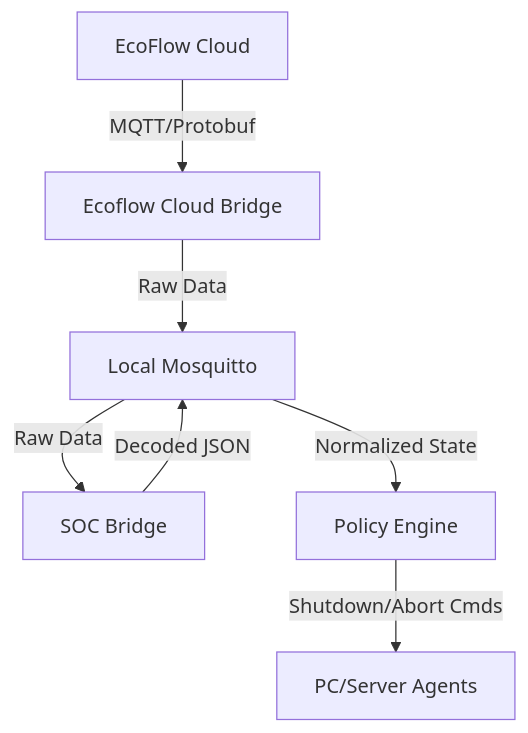
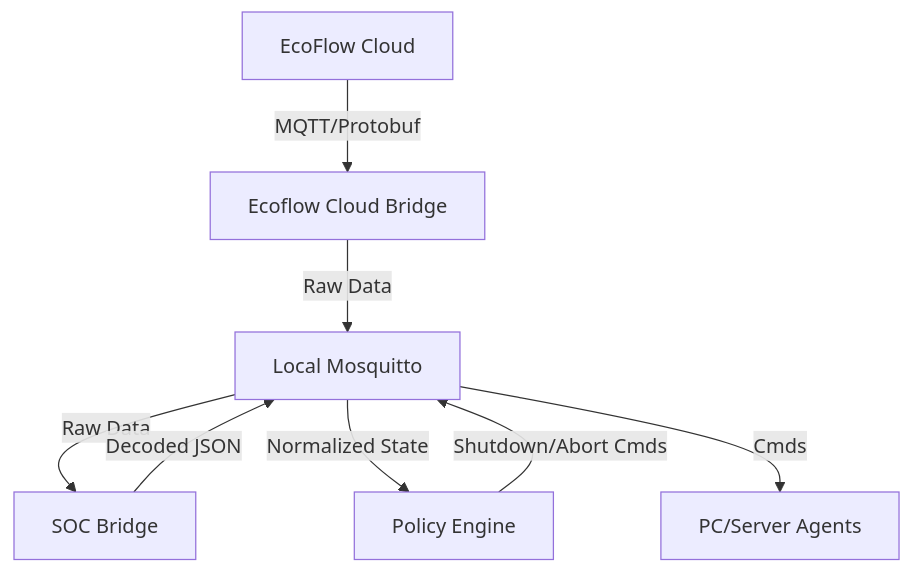
Before and after one commit to JoshuaDodds/ecoflow-power-management: the diagram in README.md, drawn with Mermaid.

Commit message:
[skip ci] update README

````diff
--- a/README.md
+++ b/README.md
@@ -65,9 +65,10 @@
 ```mermaid
 graph TD
     Cloud[EcoFlow Cloud] -->|MQTT/Protobuf| Bridge[Ecoflow Cloud Bridge]
     Bridge -->|Raw Data| LocalMQTT[Local Mosquitto]
     LocalMQTT -->|Raw Data| SOC[SOC Bridge]
     SOC -->|Decoded JSON| LocalMQTT
     LocalMQTT -->|Normalized State| Policy[Policy Engine]
-    Policy -->|Shutdown/Abort Cmds| Agents[PC/Server Agents]
+    Policy -->|Shutdown/Abort Cmds| LocalMQTT
+    LocalMQTT -->|Cmds| Agents[PC/Server Agents]
 ```
````
